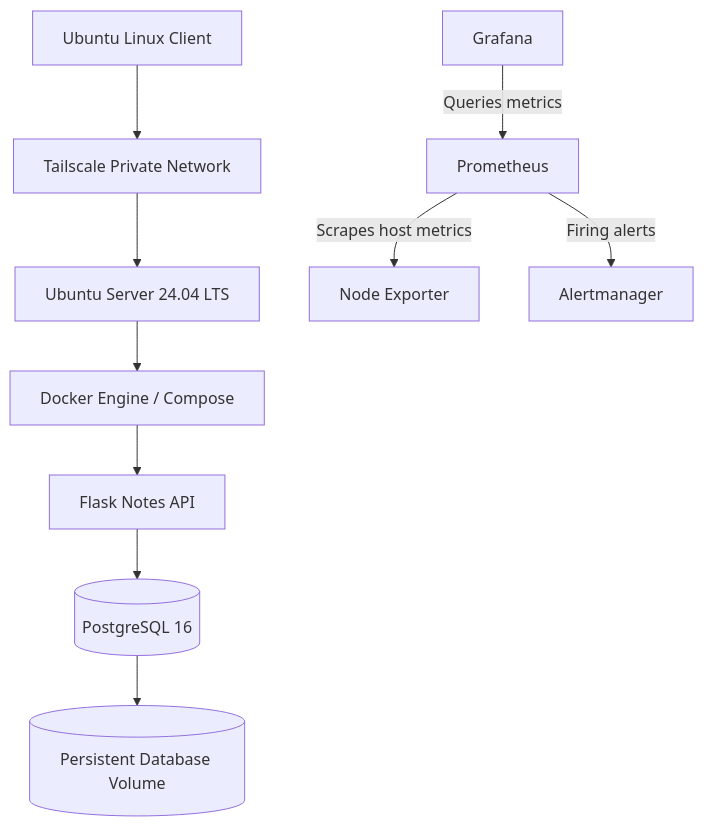
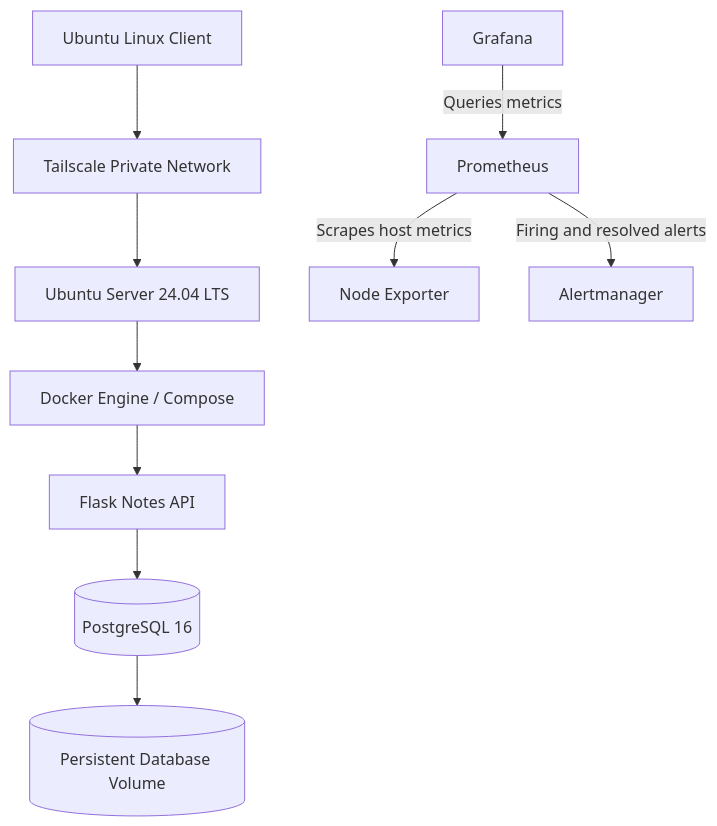
Before and after one commit to SufiyanKhanCloud/homelab-devops-labs: the first of 2 diagrams in README.md, drawn with Mermaid. The commit also changed other lines of this file, not shown here.

````diff
--- a/README.md
+++ b/README.md
@@ -27,27 +27,27 @@
 ```mermaid
 flowchart TD
     Client["Ubuntu Linux Client"]
     VPN["Tailscale Private Network"]
     Server["Ubuntu Server 24.04 LTS"]
     Docker["Docker Engine / Compose"]
 
     App["Flask Notes API"]
     DB[("PostgreSQL 16")]
     Volume[("Persistent Database Volume")]
 
     Prom["Prometheus"]
     Node["Node Exporter"]
     Grafana["Grafana"]
     AM["Alertmanager"]
 
     Client --> VPN
     VPN --> Server
     Server --> Docker
     Docker --> App
     App --> DB
     DB --> Volume
 
     Prom -->|"Scrapes host metrics"| Node
     Grafana -->|"Queries metrics"| Prom
-    Prom -->|"Firing alerts"| AM
+    Prom -->|"Firing and resolved alerts"| AM
 ```
````
